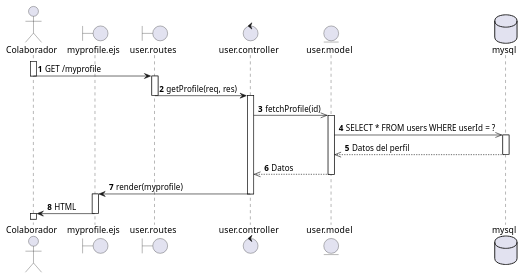
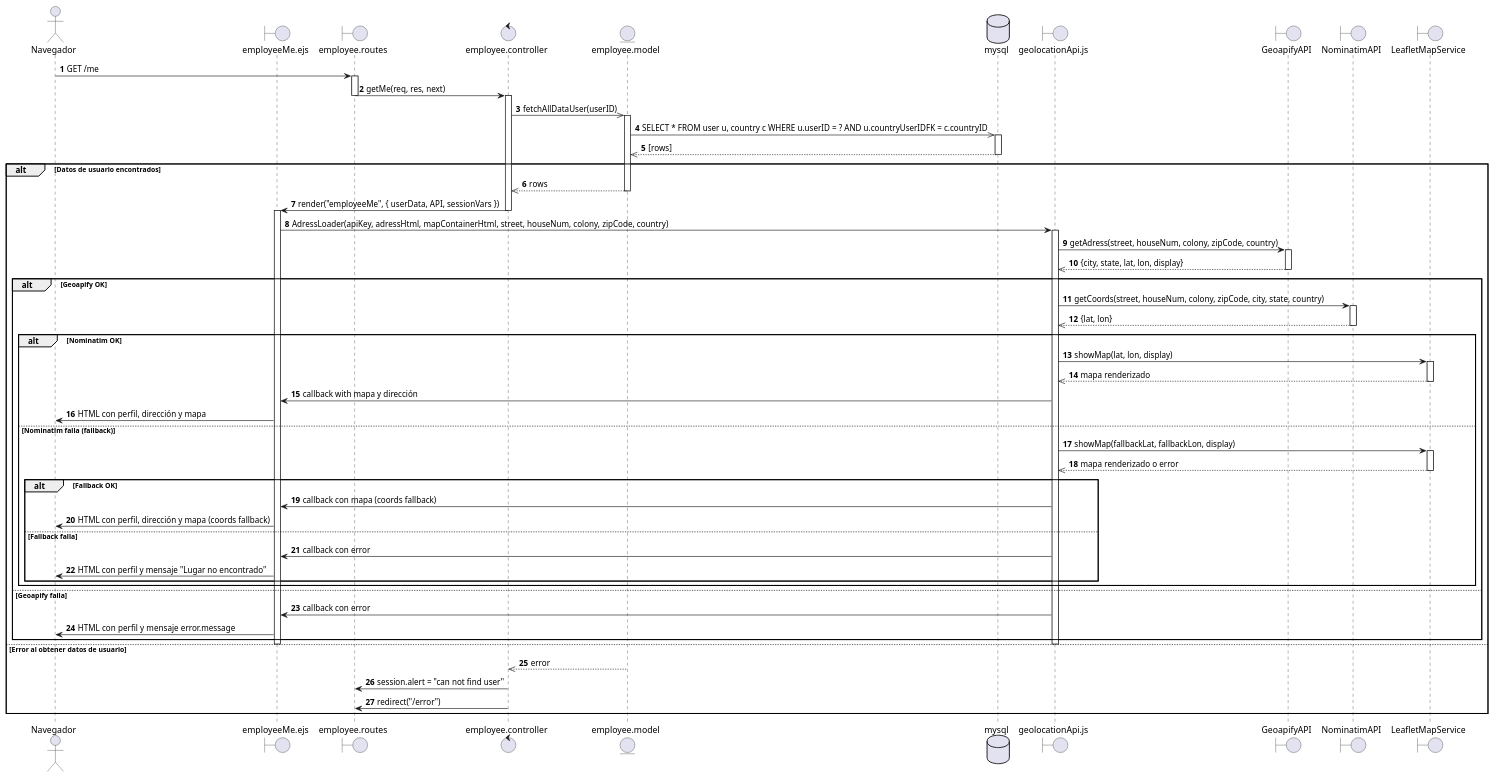
Before and after one commit to EdCanCe/WorkCells: the diagram in diagrams/Casos de Uso/manu req fun/diagramas de secuencia/colaborador consulta perfil.puml, drawn with PlantUML.

Commit message:
diagrama de sec para consultar pefil

```diff
--- a/diagrams/Casos de Uso/manu req fun/diagramas de secuencia/colaborador consulta perfil.puml
+++ b/diagrams/Casos de Uso/manu req fun/diagramas de secuencia/colaborador consulta perfil.puml
@@ -1,40 +1,98 @@
 @startuml
-actor Colaborador
-boundary myprofile.ejs
-boundary user.routes
-control user.controller
-entity user.model
+actor Navegador
+boundary employeeMe.ejs
+boundary employee.routes
+control employee.controller
+entity employee.model
 database mysql
+boundary geolocationApi.js
+boundary GeoapifyAPI
+boundary NominatimAPI
+boundary LeafletMapService
 
 autonumber
-' Inicio del flujo
-activate Colaborador
-Colaborador -> user.routes : GET /myprofile
-deactivate Colaborador
-activate user.routes
 
-user.routes -> user.controller : getProfile(req, res)
-deactivate user.routes
-activate user.controller
+Navegador -> employee.routes : GET /me
+activate employee.routes
 
-user.controller ->> user.model : fetchProfile(id)
-activate user.model
+employee.routes -> employee.controller : getMe(req, res, next)
+deactivate employee.routes
 
-user.model ->> mysql : SELECT * FROM users WHERE userId = ?
+activate employee.controller
+employee.controller ->> employee.model : fetchAllDataUser(userID)
+activate employee.model
+
+employee.model ->> mysql : SELECT * FROM user u, country c WHERE u.userID = ? AND u.countryUserIDFK = c.countryID
 activate mysql
-mysql -->> user.model : Datos del perfil
+mysql -->> employee.model : [rows]
 deactivate mysql
 
-user.model -->> user.controller : Datos
-deactivate user.model
+alt Datos de usuario encontrados
+  employee.model -->> employee.controller : rows
+  deactivate employee.model
 
-user.controller -> myprofile.ejs : render(myprofile)
-deactivate user.controller
-activate myprofile.ejs
-myprofile.ejs -> Colaborador : HTML
-deactivate myprofile.ejs
-activate Colaborador
-deactivate Colaborador
+  employee.controller -> employeeMe.ejs : render("employeeMe", { userData, API, sessionVars })
+  deactivate employee.controller
 
+  activate employeeMe.ejs
+
+  ' Llama a la función cliente geolocationApi.js
+  employeeMe.ejs -> geolocationApi.js : AdressLoader(apiKey, adressHtml, mapContainerHtml, street, houseNum, colony, zipCode, country)
+  activate geolocationApi.js
+
+  ' Paso 1: Obtener dirección con Geoapify
+  geolocationApi.js -> GeoapifyAPI : getAdress(street, houseNum, colony, zipCode, country)
+  activate GeoapifyAPI
+  GeoapifyAPI -->> geolocationApi.js : {city, state, lat, lon, display}
+  deactivate GeoapifyAPI
+
+  alt Geoapify OK
+    ' Paso 2: Obtener coordenadas con Nominatim
+    geolocationApi.js -> NominatimAPI : getCoords(street, houseNum, colony, zipCode, city, state, country)
+    activate NominatimAPI
+    NominatimAPI -->> geolocationApi.js : {lat, lon}
+    deactivate NominatimAPI
+
+    alt Nominatim OK
+      ' Paso 3: Mostrar mapa con Leaflet
+      geolocationApi.js -> LeafletMapService : showMap(lat, lon, display)
+      activate LeafletMapService
+      LeafletMapService -->> geolocationApi.js : mapa renderizado
+      deactivate LeafletMapService
+
+      geolocationApi.js -> employeeMe.ejs : callback with mapa y dirección
+      employeeMe.ejs -> Navegador : HTML con perfil, dirección y mapa
+
+    else Nominatim falla (fallback)
+      geolocationApi.js -> LeafletMapService : showMap(fallbackLat, fallbackLon, display)
+      activate LeafletMapService
+      LeafletMapService -->> geolocationApi.js : mapa renderizado o error
+      deactivate LeafletMapService
+
+      alt Fallback OK
+        geolocationApi.js -> employeeMe.ejs : callback con mapa (coords fallback)
+        employeeMe.ejs -> Navegador : HTML con perfil, dirección y mapa (coords fallback)
+      else Fallback falla
+        geolocationApi.js -> employeeMe.ejs : callback con error
+        employeeMe.ejs -> Navegador : HTML con perfil y mensaje "Lugar no encontrado"
+      end
+    end
+
+  else Geoapify falla
+    geolocationApi.js -> employeeMe.ejs : callback con error
+    employeeMe.ejs -> Navegador : HTML con perfil y mensaje error.message
+  end
+
+  deactivate geolocationApi.js
+  deactivate employeeMe.ejs
+
+else Error al obtener datos de usuario
+  employee.model -->> employee.controller : error
+  deactivate employee.model
+
+  employee.controller -> employee.routes : session.alert = "can not find user"
+  employee.controller -> employee.routes : redirect("/error")
+  deactivate employee.controller
+end
 
 @enduml
```
